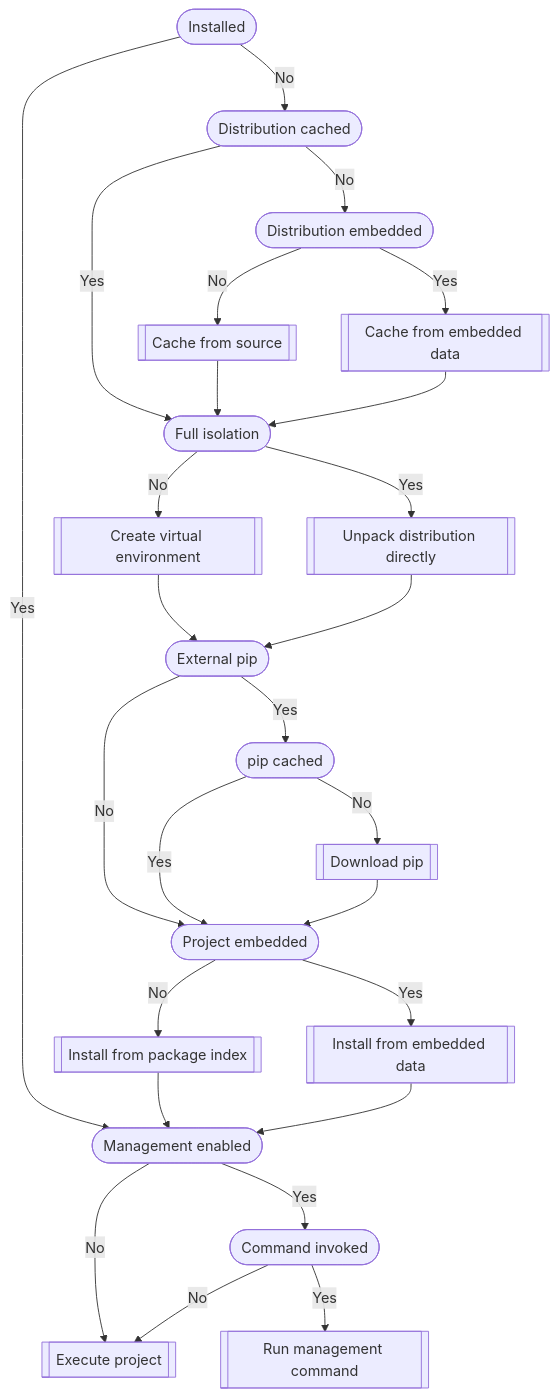
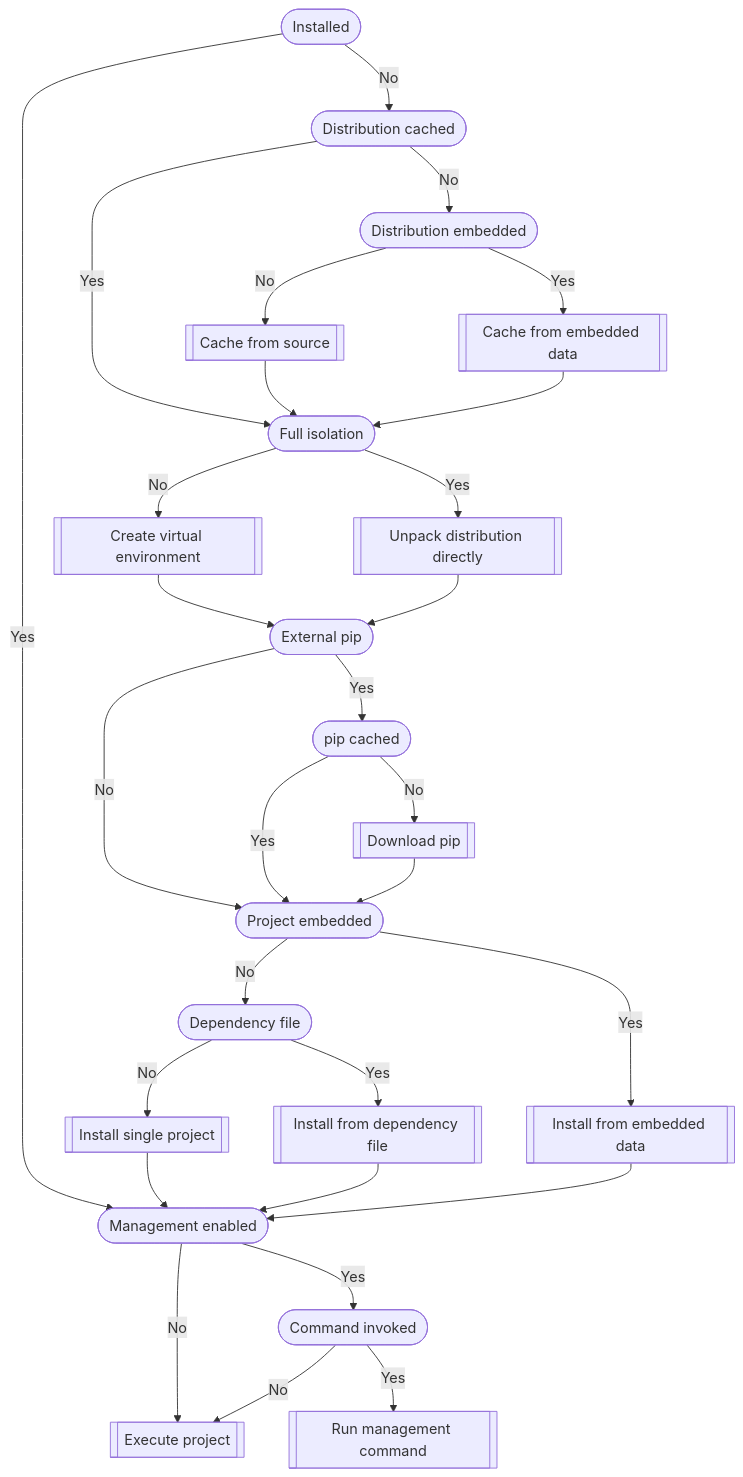
One commit to EnigmaGlimmer/Python_app changed the diagram in docs/runtime.md. Above: the diagram before and after it, drawn with Mermaid. The commit also changed 7 other files, not shown here.

Commit message:
Allow for project installation with a dependency file (#30)

````diff
--- a/docs/runtime.md
+++ b/docs/runtime.md
@@ -9,28 +9,31 @@
 ```mermaid
 flowchart TD
     INSTALLED([Installed]) -- No --> DISTCACHED([Distribution cached])
     INSTALLED -- Yes --> MNG([Management enabled])
     DISTCACHED -- No --> DISTEMBEDDED([Distribution embedded])
     DISTCACHED -- Yes --> FULLISOLATION([Full isolation])
     DISTEMBEDDED -- No --> DISTSOURCE[[Cache from source]]
     DISTEMBEDDED -- Yes --> DISTEXTRACT[[Cache from embedded data]]
     DISTSOURCE --> FULLISOLATION
     DISTEXTRACT --> FULLISOLATION
     FULLISOLATION -- No --> VENV[[Create virtual environment]]
     FULLISOLATION -- Yes --> UNPACK[[Unpack distribution directly]]
     EXTERNALPIP([External pip]) -- No --> PROJEMBEDDED([Project embedded])
     EXTERNALPIP -- Yes --> PIPCACHED([pip cached])
     PIPCACHED -- No --> DOWNLOADPIP[[Download pip]]
     PIPCACHED -- Yes --> PROJEMBEDDED([Project embedded])
     DOWNLOADPIP --> PROJEMBEDDED
-    PROJEMBEDDED -- No --> PROJINDEX[[Install from package index]]
+    PROJEMBEDDED -- No --> DEPFILE([Dependency file])
     PROJEMBEDDED -- Yes --> PROJEMBED[[Install from embedded data]]
-    PROJINDEX --> MNG
+    DEPFILE -- No --> SINGLEPROJECT[[Install single project]]
+    DEPFILE -- Yes --> DEPFILEINSTALL[[Install from dependency file]]
+    SINGLEPROJECT --> MNG
+    DEPFILEINSTALL --> MNG
     PROJEMBED --> MNG
     VENV --> EXTERNALPIP
     UNPACK --> EXTERNALPIP
     MNG -- No --> EXECUTE[[Execute project]]
     MNG -- Yes --> MNGCMD([Command invoked])
     MNGCMD -- No --> EXECUTE
     MNGCMD -- Yes --> MANAGE[[Run management command]]
 ```
````
